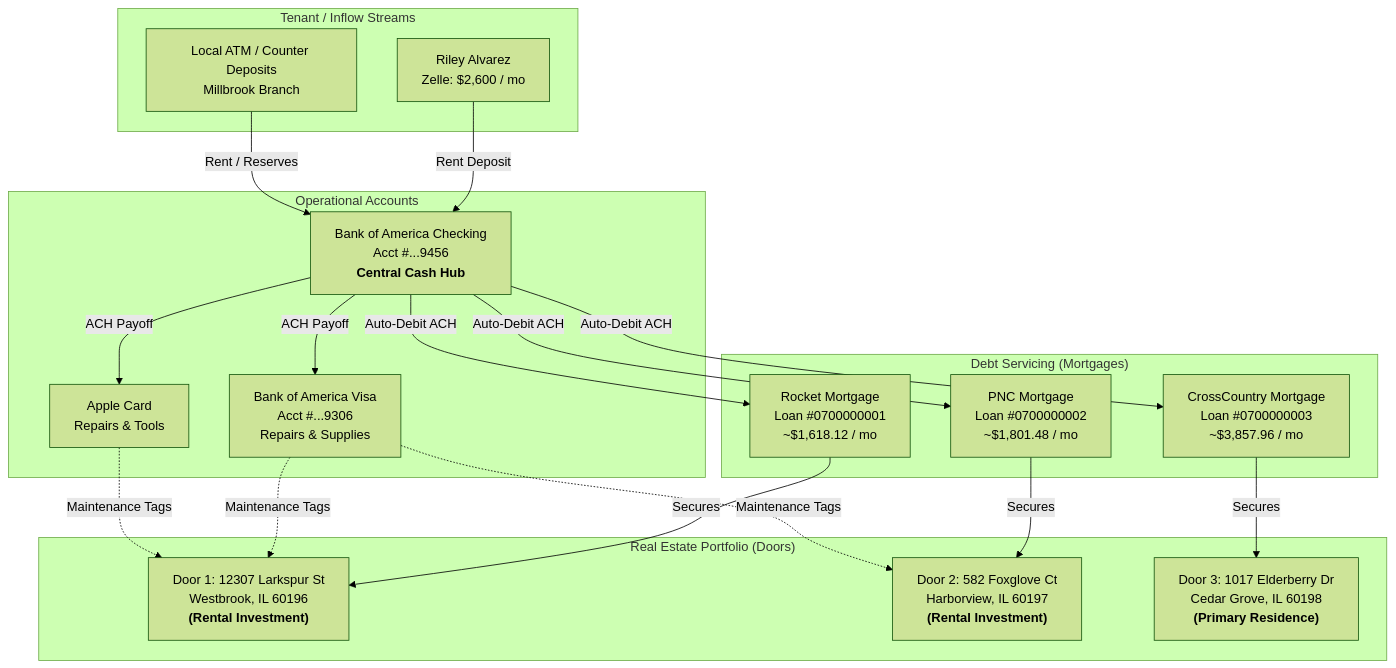
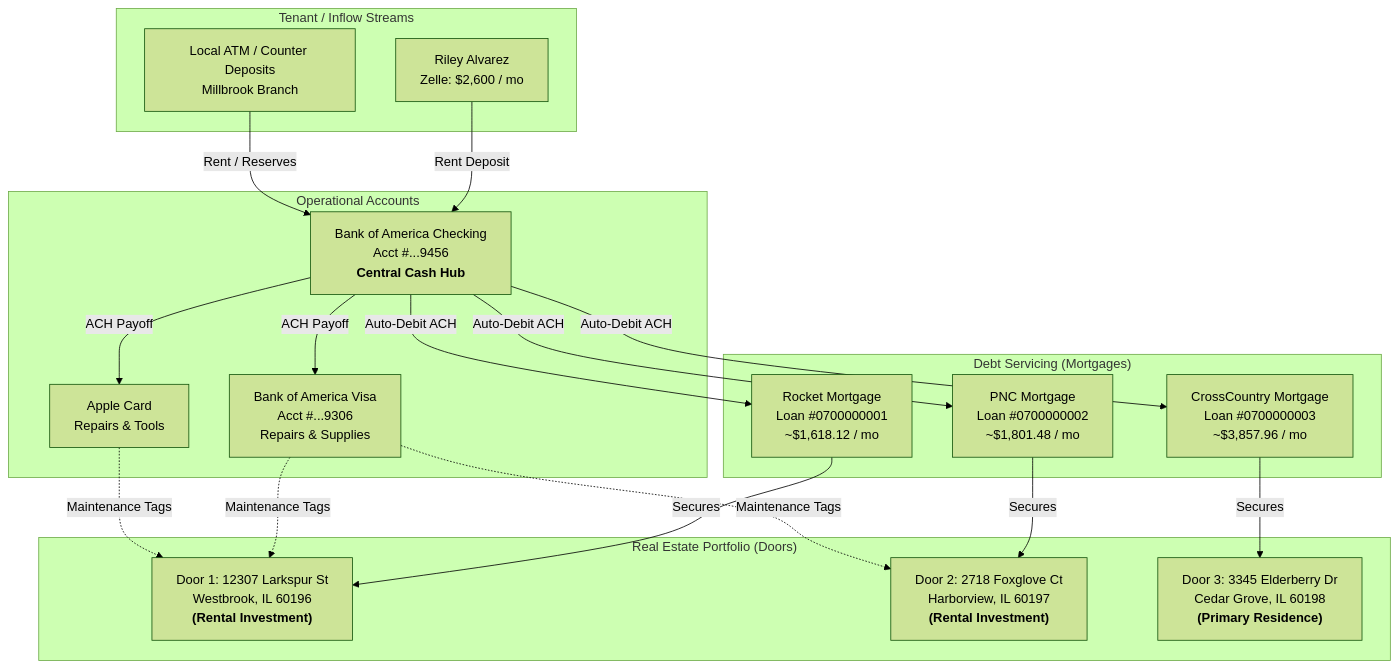
The first of 3 diagrams in ARCHITECTURE.md (gauravssingh/proptally), drawn with Mermaid (forest theme) before and after one commit. The commit also changed other lines of this file and 18 other files, not shown here.

````diff
--- a/ARCHITECTURE.md
+++ b/ARCHITECTURE.md
@@ -43,42 +43,42 @@
 ```mermaid
 graph TD
     subgraph Properties["Real Estate Portfolio (Doors)"]
         PROP_1["Door 1: 12307 Larkspur St<br>Westbrook, IL 60196<br><b>(Rental Investment)</b>"]
-        PROP_2["Door 2: 582 Foxglove Ct<br>Harborview, IL 60197<br><b>(Rental Investment)</b>"]
-        PROP_3["Door 3: 1017 Elderberry Dr<br>Cedar Grove, IL 60198<br><b>(Primary Residence)</b>"]
+        PROP_2["Door 2: 2718 Foxglove Ct<br>Harborview, IL 60197<br><b>(Rental Investment)</b>"]
+        PROP_3["Door 3: 3345 Elderberry Dr<br>Cedar Grove, IL 60198<br><b>(Primary Residence)</b>"]
     end
 
     subgraph Debt["Debt Servicing (Mortgages)"]
         LOAN_1["Rocket Mortgage<br>Loan #0700000001<br>~$1,618.12 / mo"]
         LOAN_2["PNC Mortgage<br>Loan #0700000002<br>~$1,801.48 / mo"]
         LOAN_3["CrossCountry Mortgage<br>Loan #0700000003<br>~$3,857.96 / mo"]
     end
 
     subgraph Operations["Operational Accounts"]
         CHK["Bank of America Checking<br>Acct #...9456<br><b>Central Cash Hub</b>"]
         CC_BOA["Bank of America Visa<br>Acct #...9306<br>Repairs & Supplies"]
         CC_APPLE["Apple Card<br>Repairs & Tools"]
     end
 
     subgraph Income["Tenant / Inflow Streams"]
         TENANT_1["Riley Alvarez<br>Zelle: $2,600 / mo"]
         CASH_DEP["Local ATM / Counter Deposits<br>Millbrook Branch"]
     end
 
     LOAN_1 -->|Secures| PROP_1
     LOAN_2 -->|Secures| PROP_2
     LOAN_3 -->|Secures| PROP_3
 
     TENANT_1 -->|Rent Deposit| CHK
     CASH_DEP -->|Rent / Reserves| CHK
 
     CHK -->|Auto-Debit ACH| LOAN_1
     CHK -->|Auto-Debit ACH| LOAN_2
     CHK -->|Auto-Debit ACH| LOAN_3
     CHK -->|ACH Payoff| CC_BOA
     CHK -->|ACH Payoff| CC_APPLE
 
     CC_BOA -.->|Maintenance Tags| PROP_1
     CC_BOA -.->|Maintenance Tags| PROP_2
     CC_APPLE -.->|Maintenance Tags| PROP_1
 ```
````
